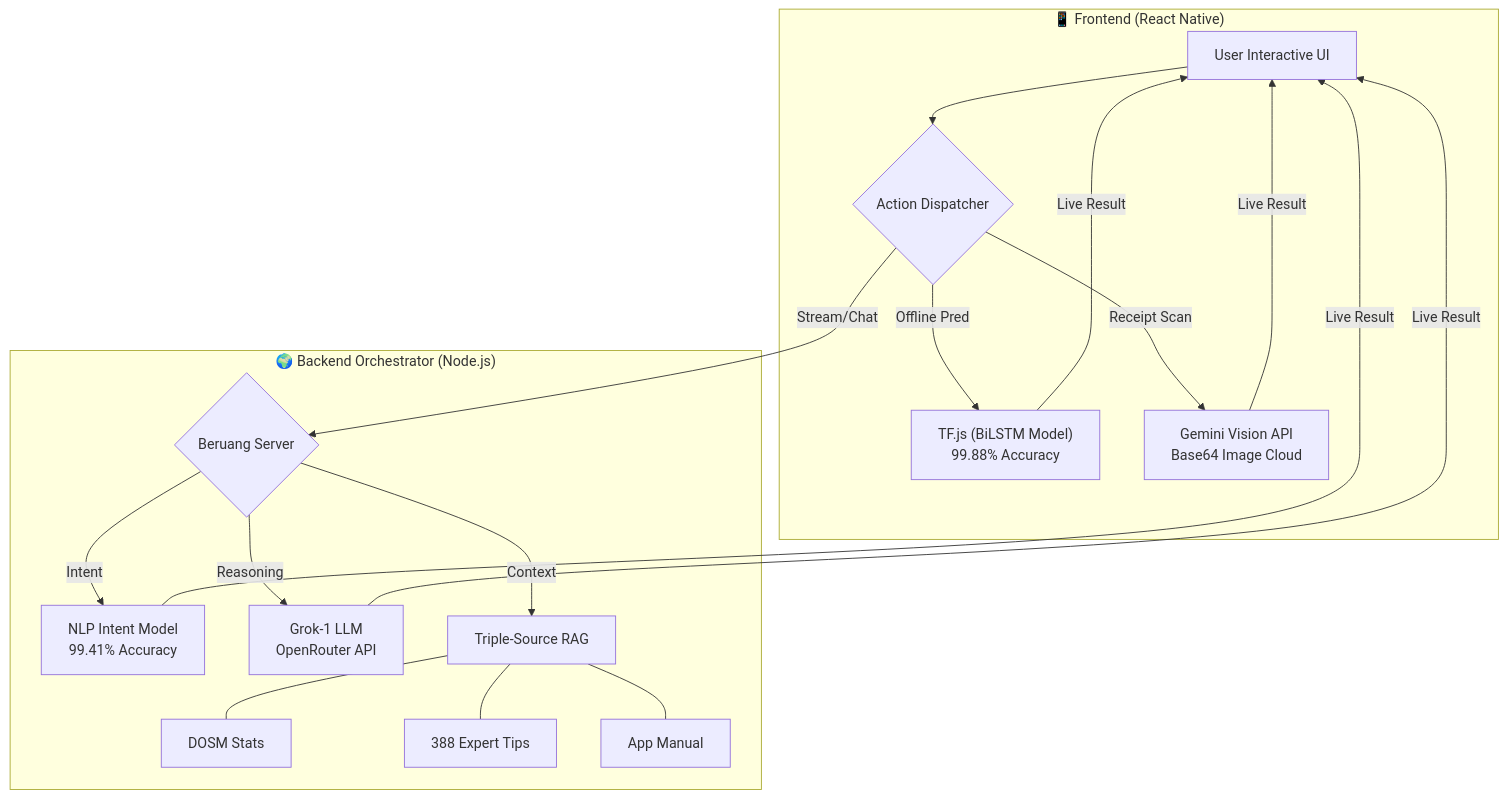
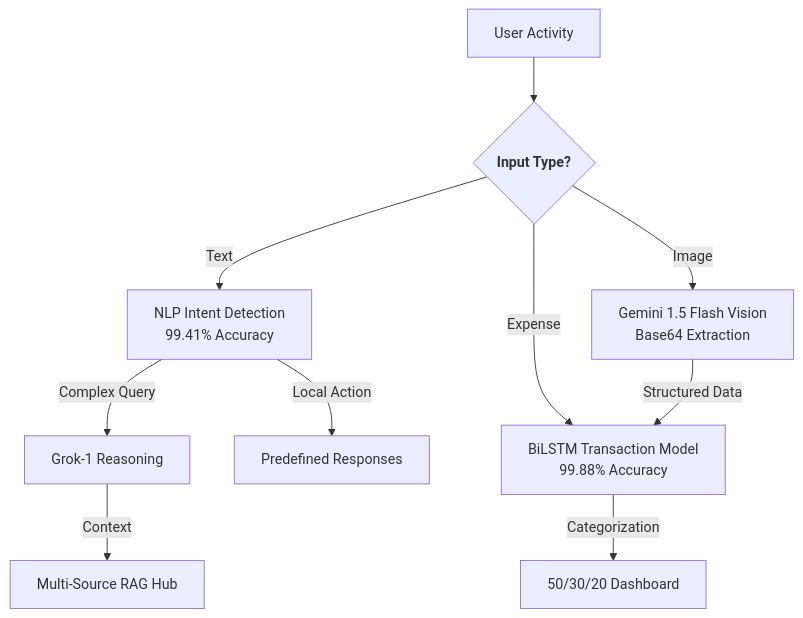
Before and after one commit to izwanGit/Beruang: the first of 2 diagrams in README.md, drawn with Mermaid. The commit also changed other lines of this file, not shown here.

````diff
--- a/README.md
+++ b/README.md
@@ -85,20 +70,16 @@
 ```mermaid
 graph TD
-    subgraph "📱 Frontend (React Native)"
-    A["User Interactive UI"] --> B{"Action Dispatcher"}
-    B -->|Offline Pred| C["TF.js (BiLSTM Model)<br/>99.88% Accuracy"]
-    B -->|Receipt Scan| D["Gemini Vision API<br/>Base64 Image Cloud"]
-    end
-
-    subgraph "🌍 Backend Orchestrator (Node.js)"
-    B -->|Stream/Chat| E{"Beruang Server"}
-    E -->|Intent| F["NLP Intent Model<br/>99.41% Accuracy"]
-    E -->|Reasoning| G["Grok-1 LLM<br/>OpenRouter API"]
-    E -->|Context| H["Triple-Source RAG"]
-    H --- H1["DOSM Stats"]
-    H --- H2["388 Expert Tips"]
-    H --- H3["App Manual"]
-    end
-
-    C & D & F & G -->|Live Result| A
+    UserInput["User Activity"] --> Route{<b>Input Type?</b>}
+    
+    Route -->|Text| Intent["NLP Intent Detection<br/>99.41% Accuracy"]
+    Route -->|Expense| BiLSTM["BiLSTM Transaction Model<br/>99.88% Accuracy"]
+    Route -->|Image| Vision["Gemini 1.5 Flash Vision<br/>Base64 Extraction"]
+    
+    Intent -->|Local Action| Static["Predefined Responses"]
+    Intent -->|Complex Query| LLM["Grok-1 Reasoning"]
+    
+    LLM -->|Context| RAG["Multi-Source RAG Hub"]
+    
+    BiLSTM -->|Categorization| Final["50/30/20 Dashboard"]
+    Vision -->|Structured Data| BiLSTM
 ```
````
